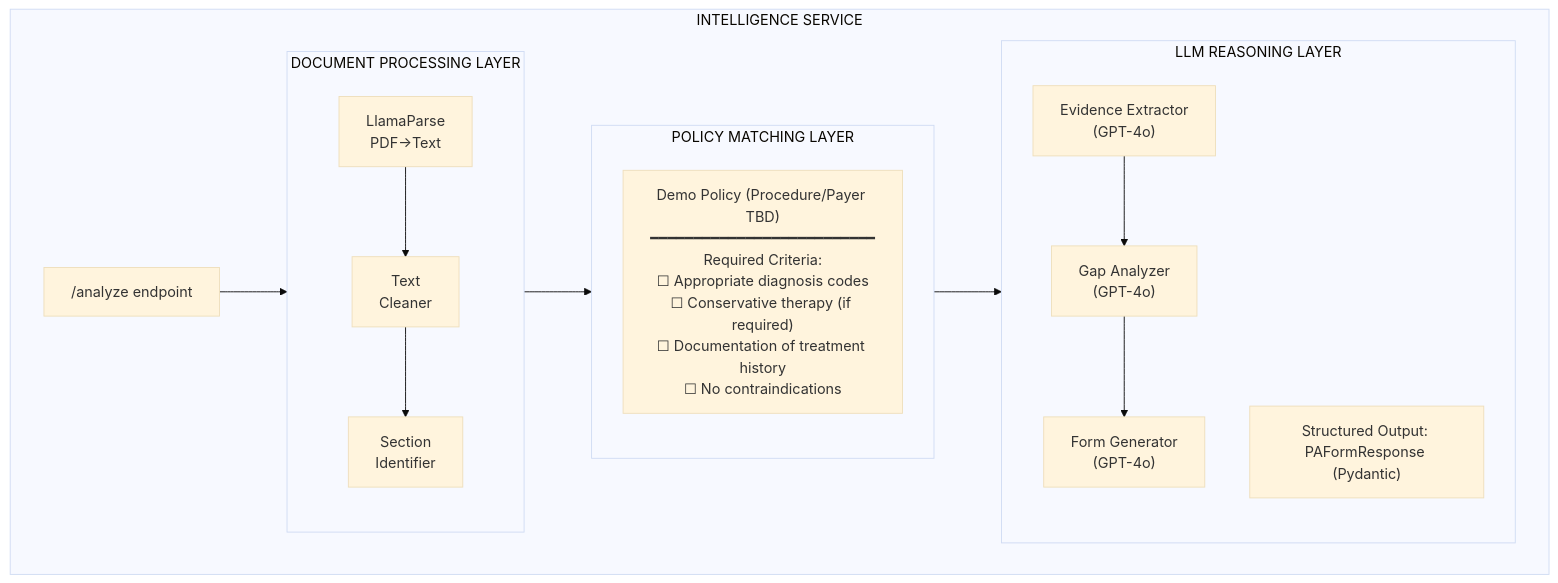
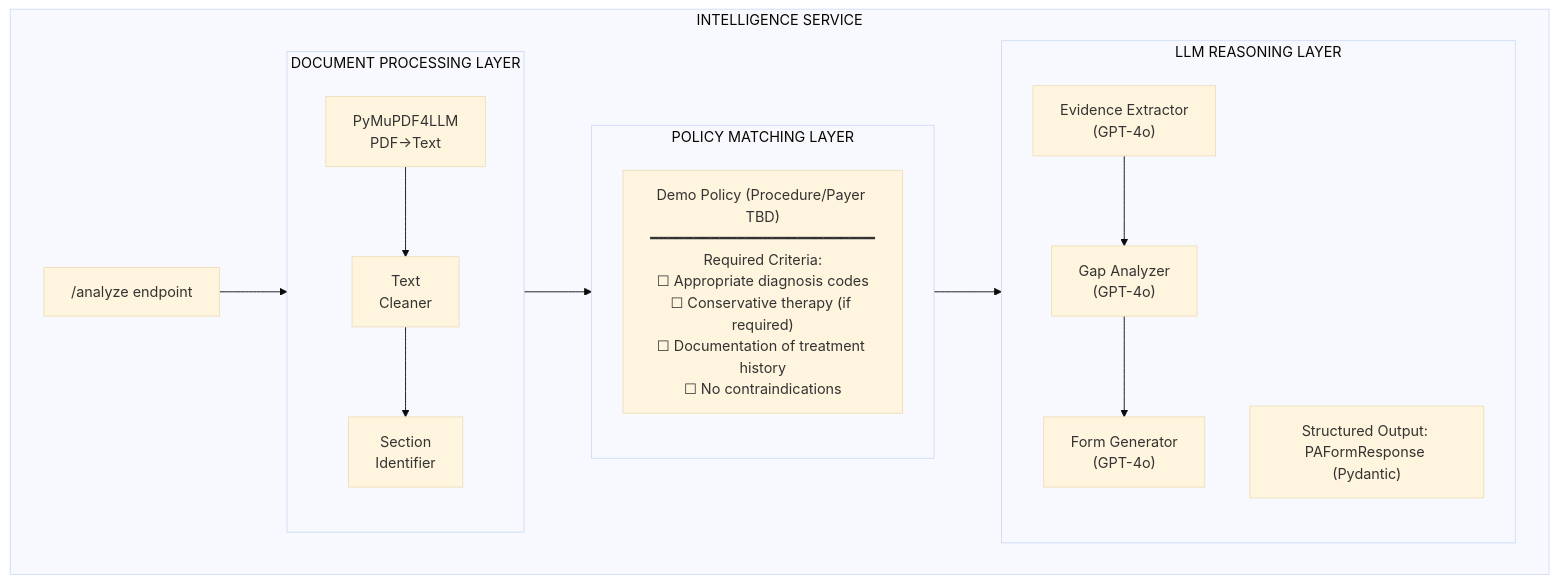
Before and after one commit to lvlup-sw/authscript: the fourth of 6 diagrams in docs/designs/2025-01-21-authscript-demo-architecture.md, drawn with Mermaid (base theme). The commit also changed other lines of this file, not shown here.

````diff
--- a/docs/designs/2025-01-21-authscript-demo-architecture.md
+++ b/docs/designs/2025-01-21-authscript-demo-architecture.md
@@ -520,29 +490,29 @@
 ```mermaid
 graph TB
     subgraph Intelligence["INTELLIGENCE SERVICE"]
         Endpoint["/analyze endpoint"]
 
         subgraph DocProcessing["DOCUMENT PROCESSING LAYER"]
-            LlamaParse["LlamaParse<br/>PDF→Text"]
+            PyMuPDF4LLM["PyMuPDF4LLM<br/>PDF→Text"]
             TextCleaner["Text<br/>Cleaner"]
             SectionId["Section<br/>Identifier"]
-            LlamaParse --> TextCleaner --> SectionId
+            PyMuPDF4LLM --> TextCleaner --> SectionId
         end
 
         subgraph PolicyLayer["POLICY MATCHING LAYER"]
             DemoPolicy["Demo Policy (Procedure/Payer TBD)<br/>━━━━━━━━━━━━━━━━━━━━━━━━━━<br/>Required Criteria:<br/>☐ Appropriate diagnosis codes<br/>☐ Conservative therapy (if required)<br/>☐ Documentation of treatment history<br/>☐ No contraindications"]
         end
 
         subgraph LlmLayer["LLM REASONING LAYER"]
             EvidenceExtractor["Evidence Extractor<br/>(GPT-4o)"]
             GapAnalyzer["Gap Analyzer<br/>(GPT-4o)"]
             FormGenerator["Form Generator<br/>(GPT-4o)"]
             EvidenceExtractor --> GapAnalyzer --> FormGenerator
             Output["Structured Output: PAFormResponse (Pydantic)"]
         end
 
         Endpoint --> DocProcessing
         DocProcessing --> PolicyLayer
         PolicyLayer --> LlmLayer
     end
 ```
````
